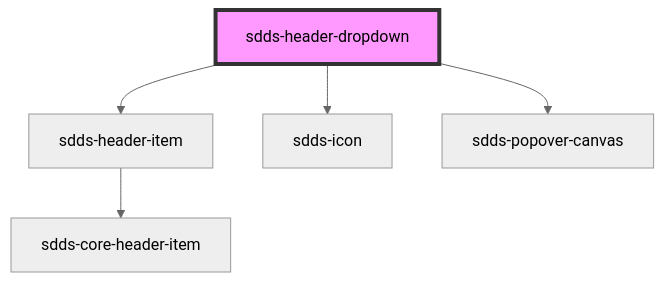
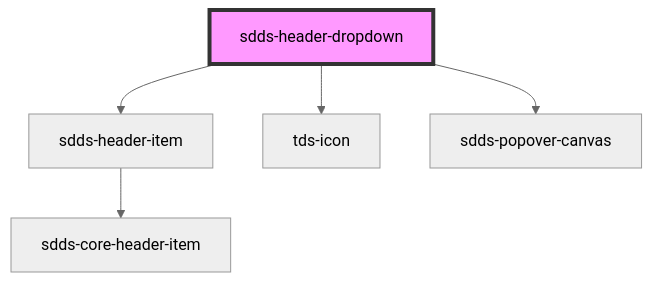
One commit to scania-digital-design-system/tegel changed the diagram in core/src/components/header/webcomponent/header-dropdown/readme.md. Above: the diagram before and after it, drawn with Mermaid (neutral theme). The commit also changed other lines of this file and 71 other files, not shown here.

````diff
--- a/core/src/components/header/webcomponent/header-dropdown/readme.md
+++ b/core/src/components/header/webcomponent/header-dropdown/readme.md
@@ -47,8 +47,8 @@
 ```mermaid
 graph TD;
   sdds-header-dropdown --> sdds-header-item
-  sdds-header-dropdown --> sdds-icon
+  sdds-header-dropdown --> tds-icon
   sdds-header-dropdown --> sdds-popover-canvas
   sdds-header-item --> sdds-core-header-item
   style sdds-header-dropdown fill:#f9f,stroke:#333,stroke-width:4px
 ```
````
